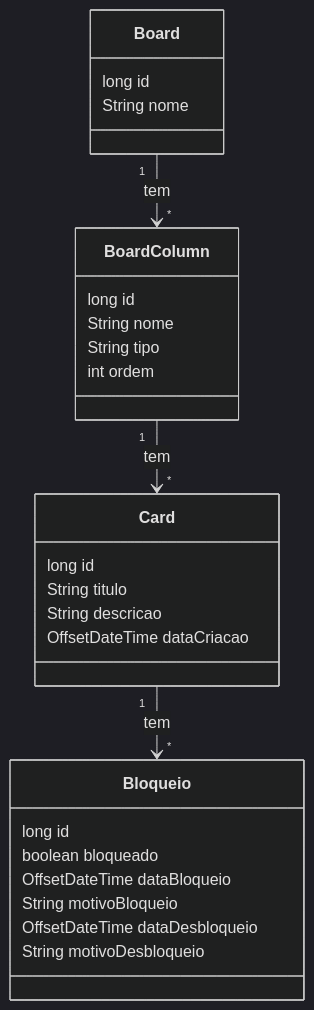
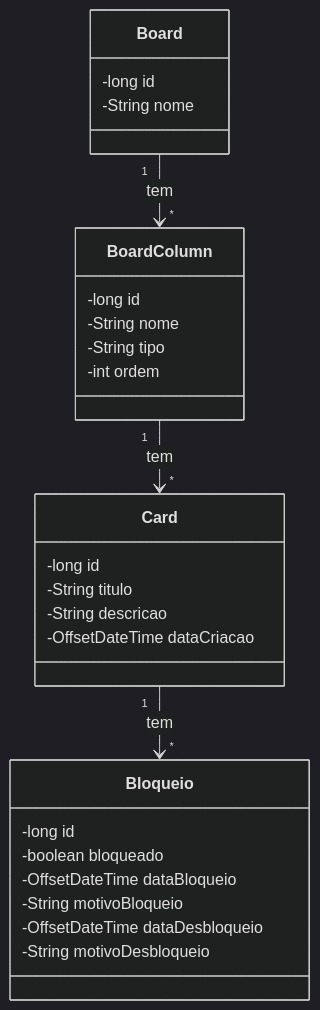
The diagram in README.md (LucianoSegundo/SimplesBordTarefas), drawn with Mermaid (dark theme) before and after one commit.

Commit message:
nova atualização do readme

````diff
--- a/README.md
+++ b/README.md
@@ -5,37 +5,37 @@
 ```mermaid
 
 classDiagram
     class Board {
-        long id
-        String nome
+        -long id
+        -String nome
     }
 
     class BoardColumn {
-        long id
-        String nome
-        String tipo
-        int ordem
+        -long id
+        -String nome
+        -String tipo
+        -int ordem
     }
 
     class Card {
-        long id
-        String titulo
-        String descricao
-        OffsetDateTime dataCriacao
+        -long id
+        -String titulo
+        -String descricao
+        -OffsetDateTime dataCriacao
     }
 
     class Bloqueio {
-        long id
-        boolean bloqueado
-        OffsetDateTime dataBloqueio
-        String motivoBloqueio
-        OffsetDateTime dataDesbloqueio
-        String motivoDesbloqueio
+        -long id
+        -boolean bloqueado
+        -OffsetDateTime dataBloqueio
+        -String motivoBloqueio
+        -OffsetDateTime dataDesbloqueio
+        -String motivoDesbloqueio
     }
 
     Board "1" --> "*" BoardColumn : tem
     BoardColumn "1" --> "*" Card : tem
     Card "1" --> "*" Bloqueio : tem
 
 
 ```
````
